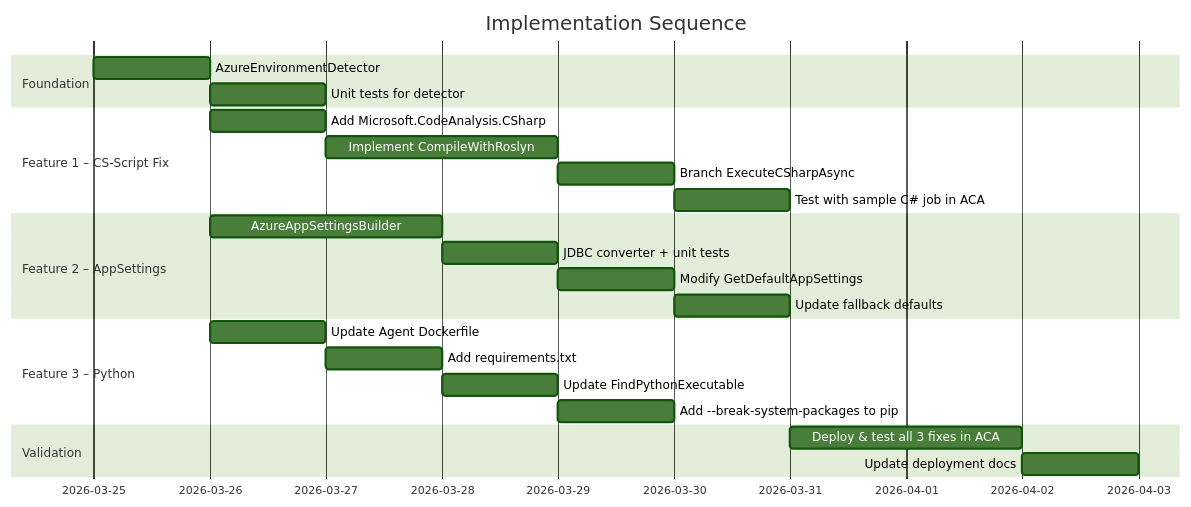
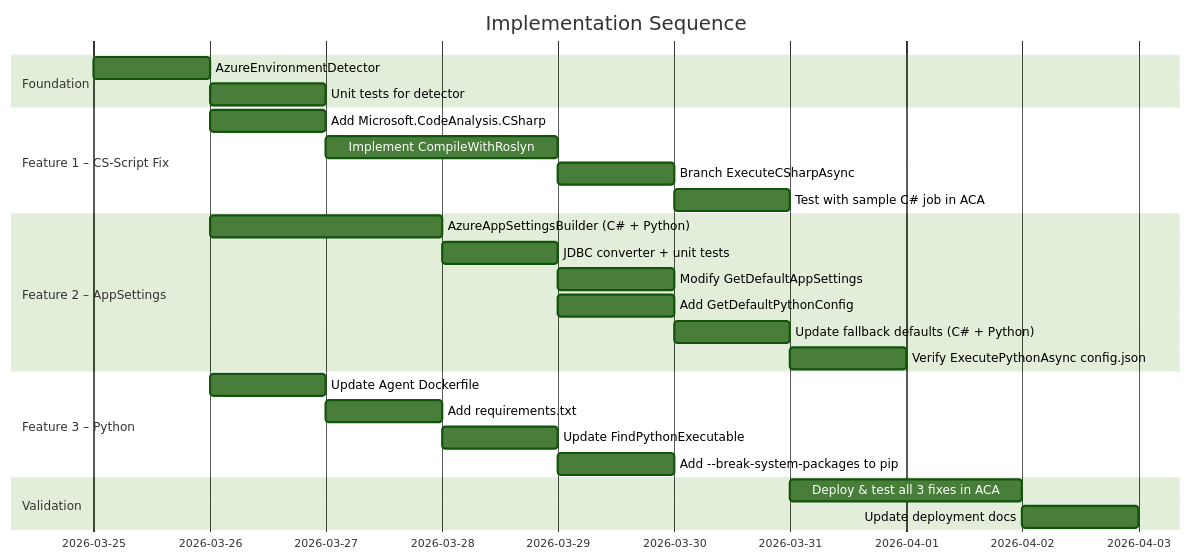
The eighth of 9 diagrams in docs/AzureContainerAppsRuntimeFixesPlan.md (Blazor-Data-Orchestrator/BlazorDataOrchestrator), drawn with Mermaid (forest theme) before and after one commit. The commit also changed other lines of this file, not shown here.

First line of the commit message:
Expand Azure config plan to support Python jobs

````diff
--- a/docs/AzureContainerAppsRuntimeFixesPlan.md
+++ b/docs/AzureContainerAppsRuntimeFixesPlan.md
@@ -910,26 +1036,28 @@
 ```mermaid
 gantt
     title Implementation Sequence
     dateFormat  YYYY-MM-DD
     section Foundation
         AzureEnvironmentDetector                 :a1, 2026-03-25, 1d
         Unit tests for detector                  :a2, after a1, 1d
     section Feature 1 – CS-Script Fix
         Add Microsoft.CodeAnalysis.CSharp        :b1, after a1, 1d
         Implement CompileWithRoslyn              :b2, after b1, 2d
         Branch ExecuteCSharpAsync                :b3, after b2, 1d
         Test with sample C# job in ACA           :b4, after b3, 1d
     section Feature 2 – AppSettings
-        AzureAppSettingsBuilder                  :c1, after a1, 2d
+        AzureAppSettingsBuilder (C# + Python)    :c1, after a1, 2d
         JDBC converter + unit tests              :c2, after c1, 1d
         Modify GetDefaultAppSettings             :c3, after c2, 1d
-        Update fallback defaults                 :c4, after c3, 1d
+        Add GetDefaultPythonConfig               :c3b, after c2, 1d
+        Update fallback defaults (C# + Python)   :c4, after c3, 1d
+        Verify ExecutePythonAsync config.json     :c5, after c4, 1d
     section Feature 3 – Python
         Update Agent Dockerfile                  :d1, after a1, 1d
         Add requirements.txt                     :d2, after d1, 1d
         Update FindPythonExecutable              :d3, after d2, 1d
         Add --break-system-packages to pip       :d4, after d3, 1d
     section Validation
         Deploy & test all 3 fixes in ACA         :e1, after b4, 2d
         Update deployment docs                   :e2, after e1, 1d
 ```
````
